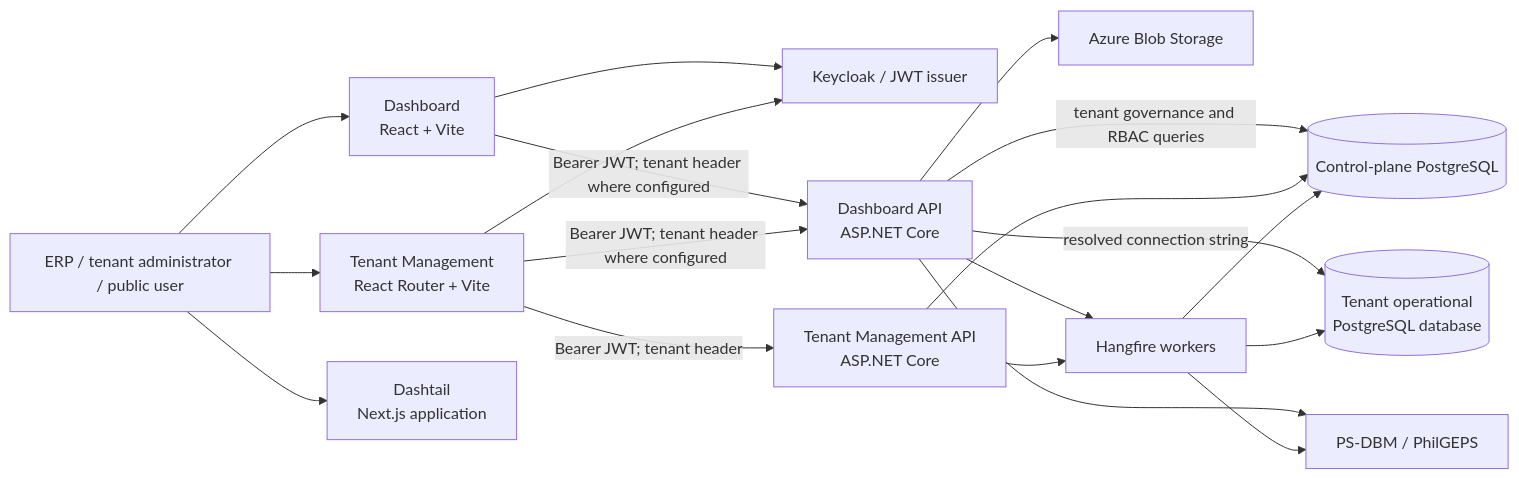
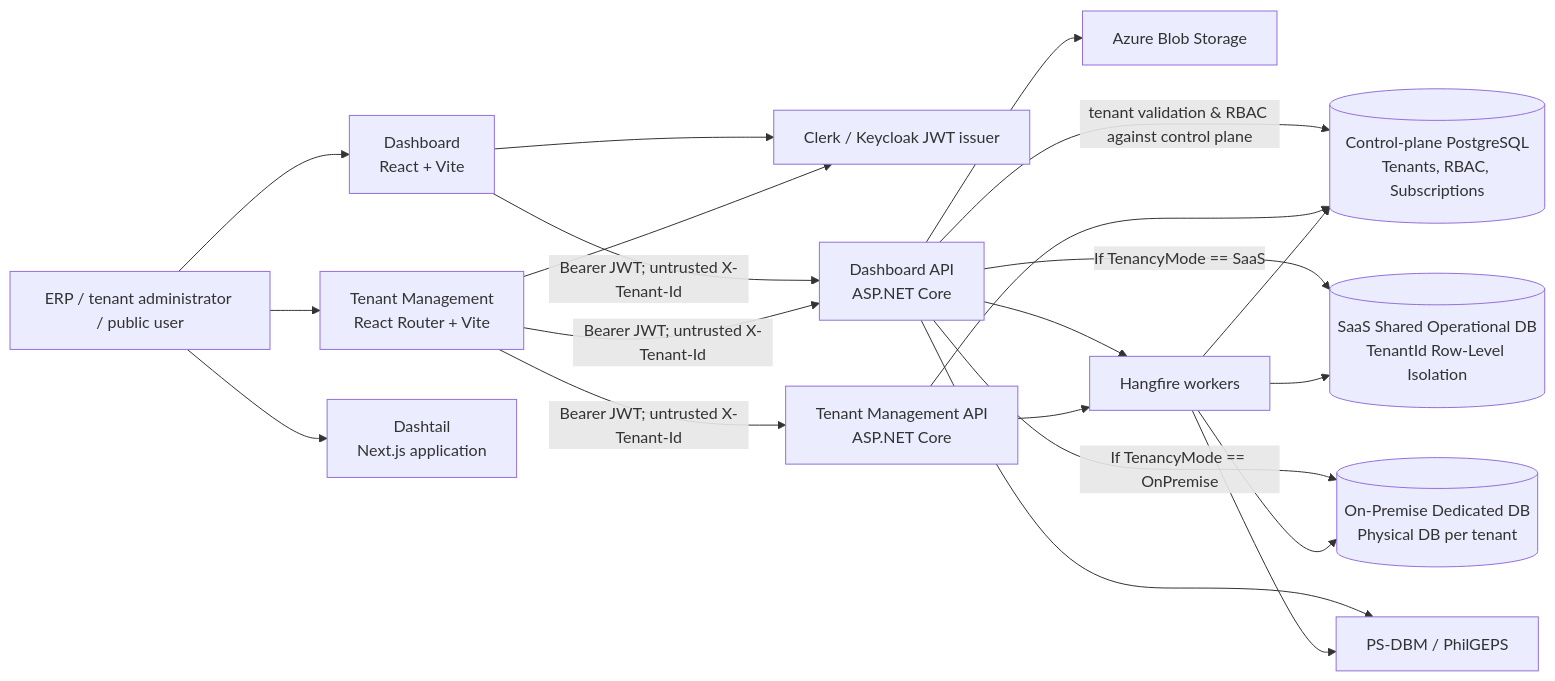
Before and after one commit to NextStep-Software-Solutions-Inc/ERPEZ: the first of 3 diagrams in SYSTEM_ARCHITECTURE.md, drawn with Mermaid. The commit also changed other lines of this file and 1 other file, not shown here.

Commit message:
docs(architecture): establish hybrid multi-tenancy architecture and 184-entity classification matrix

````diff
--- a/SYSTEM_ARCHITECTURE.md
+++ b/SYSTEM_ARCHITECTURE.md
@@ -9,27 +9,29 @@
 ```mermaid
 flowchart LR
     User[ERP / tenant administrator / public user]
     Dash[Dashboard<br/>React + Vite]
     TenantUi[Tenant Management<br/>React Router + Vite]
     Tail[Dashtail<br/>Next.js application]
-    IdP[Keycloak / JWT issuer]
+    IdP[Clerk / Keycloak JWT issuer]
     DashboardApi[Dashboard API<br/>ASP.NET Core]
     TenantApi[Tenant Management API<br/>ASP.NET Core]
-    Control[(Control-plane PostgreSQL)]
-    TenantDb[(Tenant operational<br/>PostgreSQL database)]
+    Control[(Control-plane PostgreSQL<br/>Tenants, RBAC, Subscriptions)]
+    SharedDb[(SaaS Shared Operational DB<br/>TenantId Row-Level Isolation)]
+    DedicatedDb[(On-Premise Dedicated DB<br/>Physical DB per tenant)]
     Blob[Azure Blob Storage]
     Ext[PS-DBM / PhilGEPS]
     Jobs[Hangfire workers]
 
     User --> Dash & TenantUi & Tail
-    Dash & TenantUi -->|Bearer JWT; tenant header where configured| DashboardApi
-    TenantUi -->|Bearer JWT; tenant header| TenantApi
+    Dash & TenantUi -->|Bearer JWT; untrusted X-Tenant-Id| DashboardApi
+    TenantUi -->|Bearer JWT; untrusted X-Tenant-Id| TenantApi
     Dash & TenantUi --> IdP
-    DashboardApi -->|tenant governance and RBAC queries| Control
+    DashboardApi -->|tenant validation & RBAC against control plane| Control
     TenantApi --> Control
-    DashboardApi -->|resolved connection string| TenantDb
+    DashboardApi -->|If TenancyMode == SaaS| SharedDb
+    DashboardApi -->|If TenancyMode == OnPremise| DedicatedDb
     DashboardApi --> Blob
     DashboardApi --> Ext
     DashboardApi & TenantApi --> Jobs
-    Jobs --> Control & TenantDb & Ext
+    Jobs --> Control & SharedDb & DedicatedDb & Ext
 ```
````
